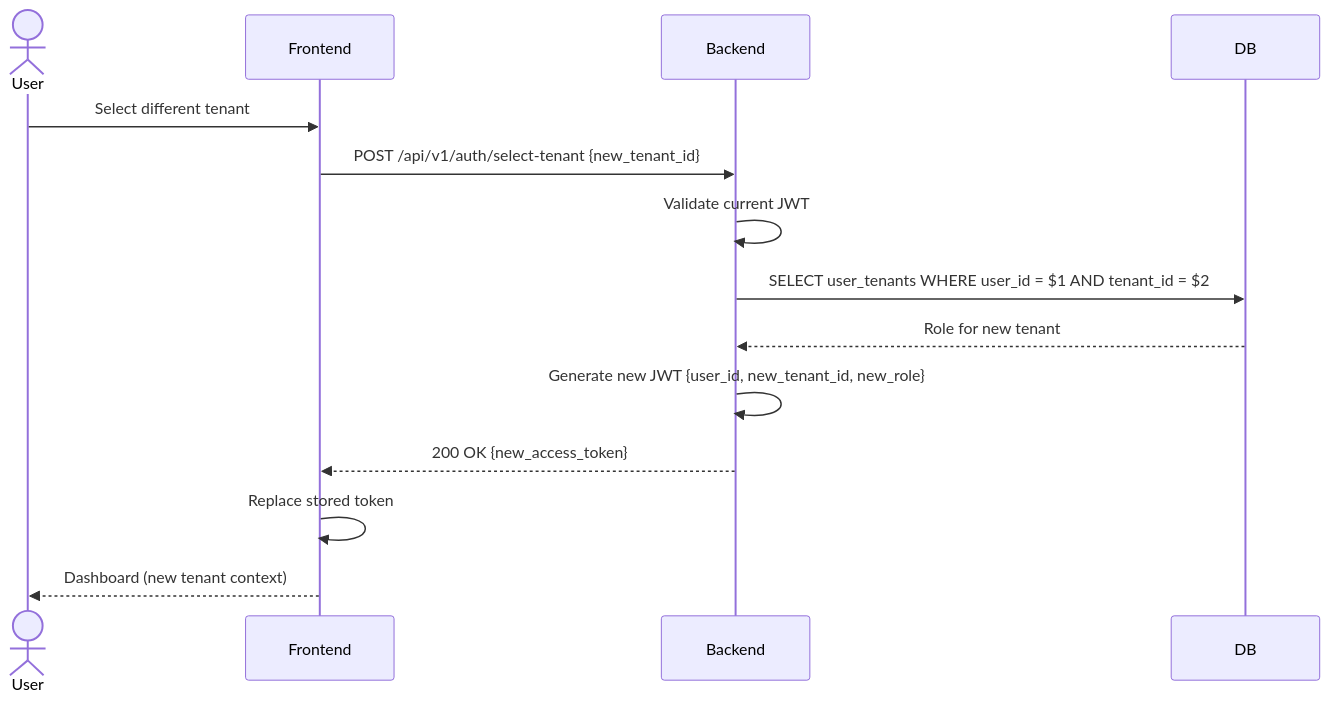
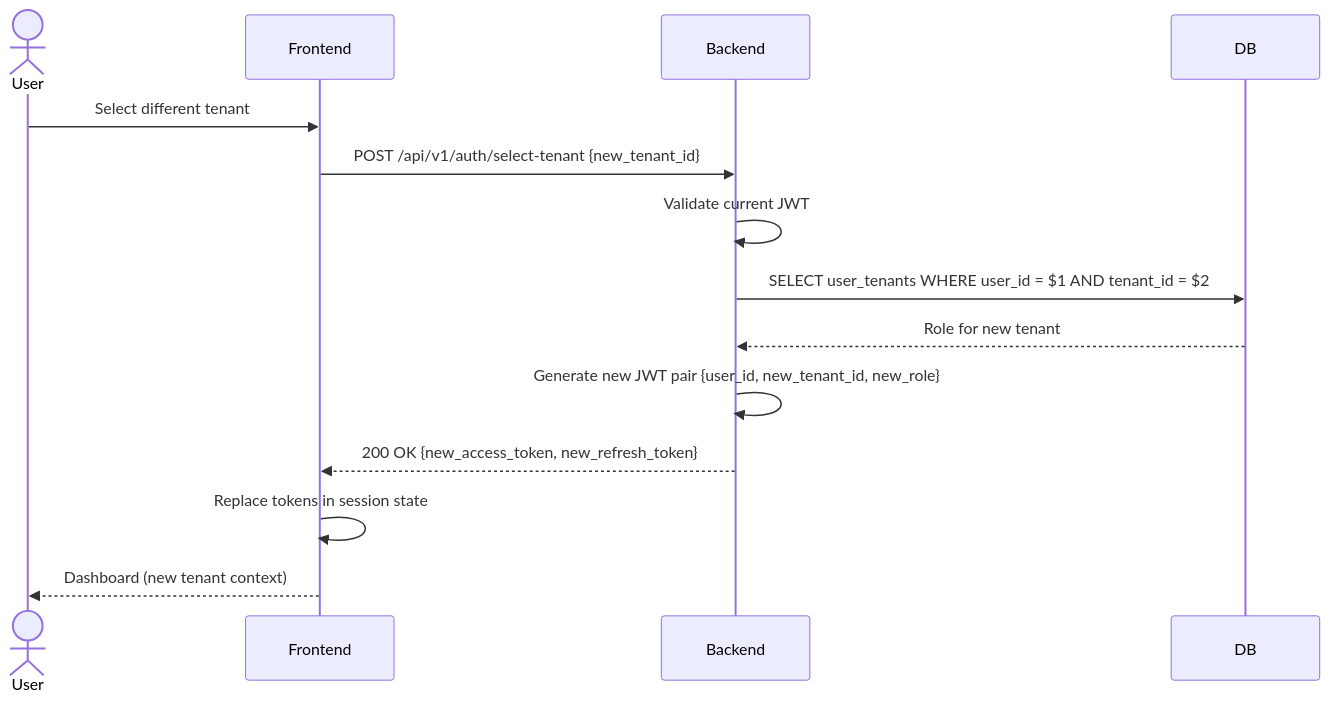
The third of 4 diagrams in docs/diagrams/authentication-flow.md (Acauhi99/med-vault), drawn with Mermaid before and after one commit. The commit also changed other lines of this file and 4 other files, not shown here.

````diff
--- a/docs/diagrams/authentication-flow.md
+++ b/docs/diagrams/authentication-flow.md
@@ -81,17 +81,17 @@
 ```mermaid
 sequenceDiagram
     actor User
     participant Frontend
     participant Backend
     participant DB
 
     User->>Frontend: Select different tenant
     Frontend->>Backend: POST /api/v1/auth/select-tenant {new_tenant_id}
     Backend->>Backend: Validate current JWT
     Backend->>DB: SELECT user_tenants WHERE user_id = $1 AND tenant_id = $2
     DB-->>Backend: Role for new tenant
-    Backend->>Backend: Generate new JWT {user_id, new_tenant_id, new_role}
-    Backend-->>Frontend: 200 OK {new_access_token}
-    Frontend->>Frontend: Replace stored token
+    Backend->>Backend: Generate new JWT pair {user_id, new_tenant_id, new_role}
+    Backend-->>Frontend: 200 OK {new_access_token, new_refresh_token}
+    Frontend->>Frontend: Replace tokens in session state
     Frontend-->>User: Dashboard (new tenant context)
 ```
````
